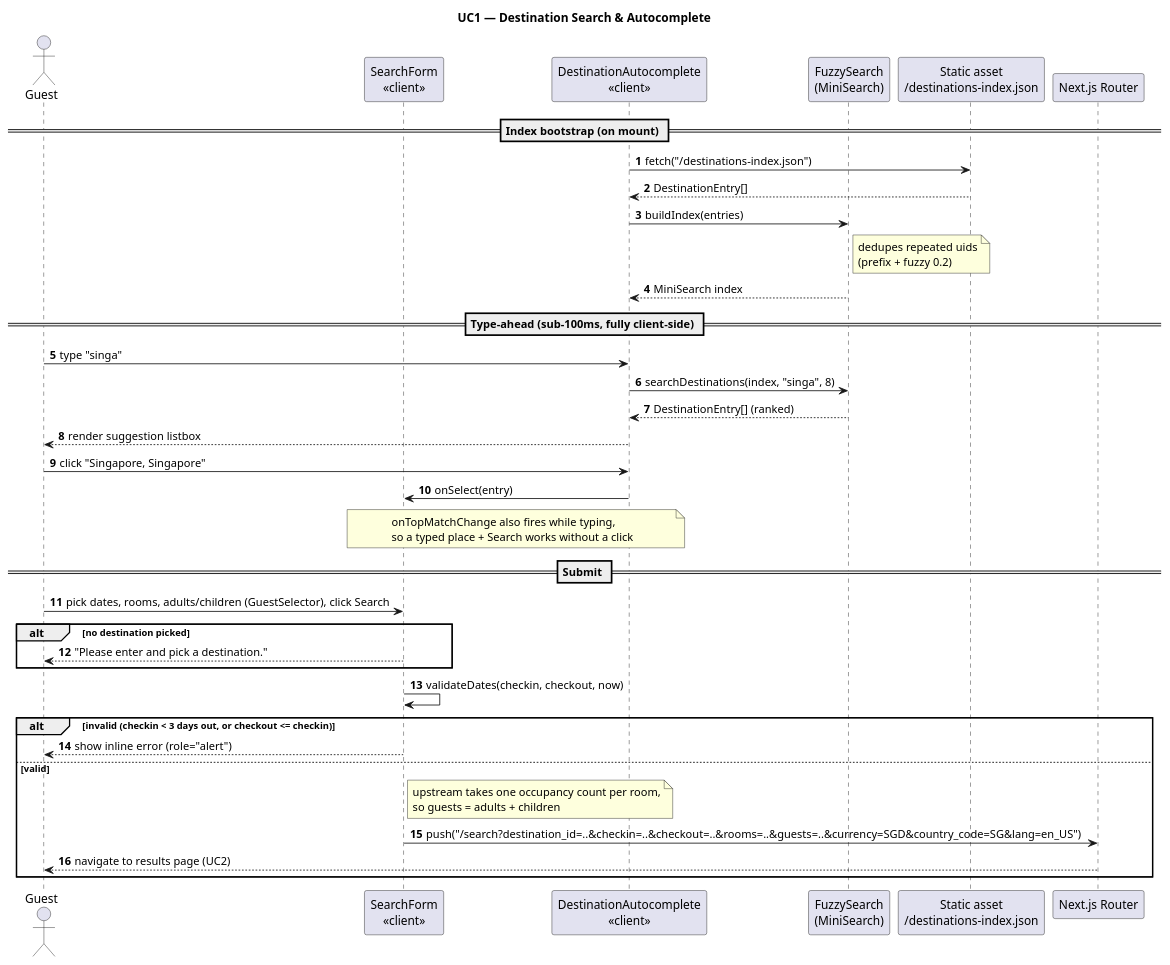
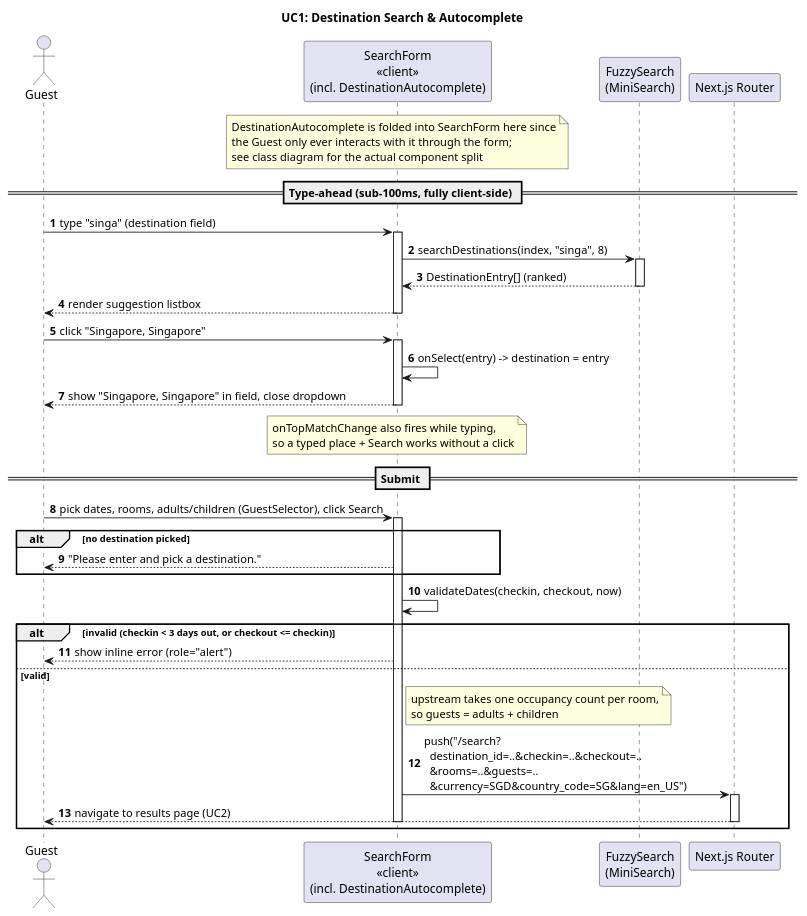
The diagram in docs/uml/seq-1-destination-search.puml (Infintesky/esc-ascendas), drawn with PlantUML before and after one commit. The commit also changed 14 other files, not shown here.

```diff
--- a/docs/uml/seq-1-destination-search.puml
+++ b/docs/uml/seq-1-destination-search.puml
@@ -1,42 +1,48 @@
 @startuml seq-1-destination-search
 ' UC1: Search a destination  (client-side fuzzy autocomplete + submit)
-title UC1 — Destination Search & Autocomplete
+title UC1: Destination Search & Autocomplete
 autonumber
 
 actor Guest
-participant "SearchForm\n<<client>>" as Form
-participant "DestinationAutocomplete\n<<client>>" as AC
+participant "SearchForm\n<<client>>\n(incl. DestinationAutocomplete)" as Form
 participant "FuzzySearch\n(MiniSearch)" as Fuzzy
-participant "Static asset\n/destinations-index.json" as Index
 participant "Next.js Router" as Router
 
-== Index bootstrap (on mount) ==
-AC -> Index : fetch("/destinations-index.json")
-Index --> AC : DestinationEntry[]
-AC -> Fuzzy : buildIndex(entries)
-note right of Fuzzy : dedupes repeated uids\n(prefix + fuzzy 0.2)
-Fuzzy --> AC : MiniSearch index
+
+note over Form : DestinationAutocomplete is folded into SearchForm here since\nthe Guest only ever interacts with it through the form;\nsee class diagram for the actual component split
 
 == Type-ahead (sub-100ms, fully client-side) ==
-Guest -> AC : type "singa"
-AC -> Fuzzy : searchDestinations(index, "singa", 8)
-Fuzzy --> AC : DestinationEntry[] (ranked)
-AC --> Guest : render suggestion listbox
-Guest -> AC : click "Singapore, Singapore"
-AC -> Form : onSelect(entry)
-note over AC, Form : onTopMatchChange also fires while typing,\nso a typed place + Search works without a click
+Guest -> Form : type "singa" (destination field)
+activate Form
+Form -> Fuzzy : searchDestinations(index, "singa", 8)
+activate Fuzzy
+Fuzzy --> Form : DestinationEntry[] (ranked)
+deactivate Fuzzy
+Form --> Guest : render suggestion listbox
+deactivate Form
+
+Guest -> Form : click "Singapore, Singapore"
+activate Form
+Form -> Form : onSelect(entry) -> destination = entry
+Form --> Guest : show "Singapore, Singapore" in field, close dropdown
+note over Form : onTopMatchChange also fires while typing,\nso a typed place + Search works without a click
+deactivate Form
 
 == Submit ==
 Guest -> Form : pick dates, rooms, adults/children (GuestSelector), click Search
+activate Form
 alt no destination picked
   Form --> Guest : "Please enter and pick a destination."
 end
 Form -> Form : validateDates(checkin, checkout, now)
 alt invalid (checkin < 3 days out, or checkout <= checkin)
   Form --> Guest : show inline error (role="alert")
 else valid
   note right of Form : upstream takes one occupancy count per room,\nso guests = adults + children
-  Form -> Router : push("/search?destination_id=..&checkin=..&checkout=..&rooms=..&guests=..&currency=SGD&country_code=SG&lang=en_US")
+  Form -> Router : push("/search?\n  destination_id=..&checkin=..&checkout=..\n  &rooms=..&guests=..\n  &currency=SGD&country_code=SG&lang=en_US")
+  activate Router
   Router --> Guest : navigate to results page (UC2)
+  deactivate Router
+deactivate Form
 end
 @enduml
```
